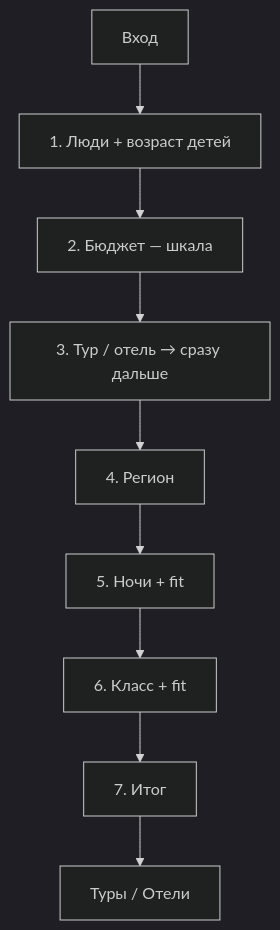
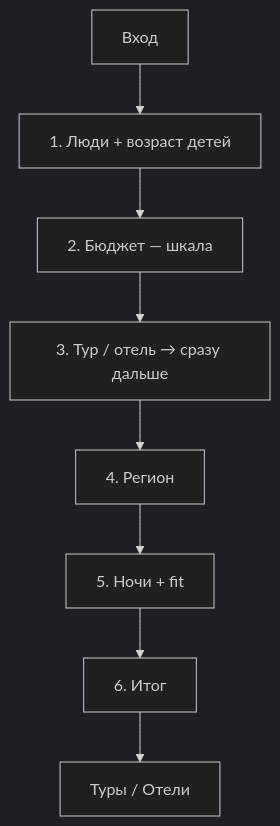
The diagram in docs/podbor-wizard-landing.md (esakovdv-ui/travel-app), drawn with Mermaid (dark theme) before and after one commit. The commit also changed other lines of this file and 1 other file, not shown here.

````diff
--- a/docs/podbor-wizard-landing.md
+++ b/docs/podbor-wizard-landing.md
@@ -33,11 +33,10 @@
 ```mermaid
 flowchart TD
   entry[Вход] --> people[1. Люди + возраст детей]
   people --> budget[2. Бюджет — шкала]
   budget --> format[3. Тур / отель → сразу дальше]
   format --> region[4. Регион]
   region --> nights[5. Ночи + fit]
-  nights --> level[6. Класс + fit]
-  level --> summary[7. Итог]
+  nights --> summary[6. Итог]
   summary --> handoff[Туры / Отели]
 ```
````
